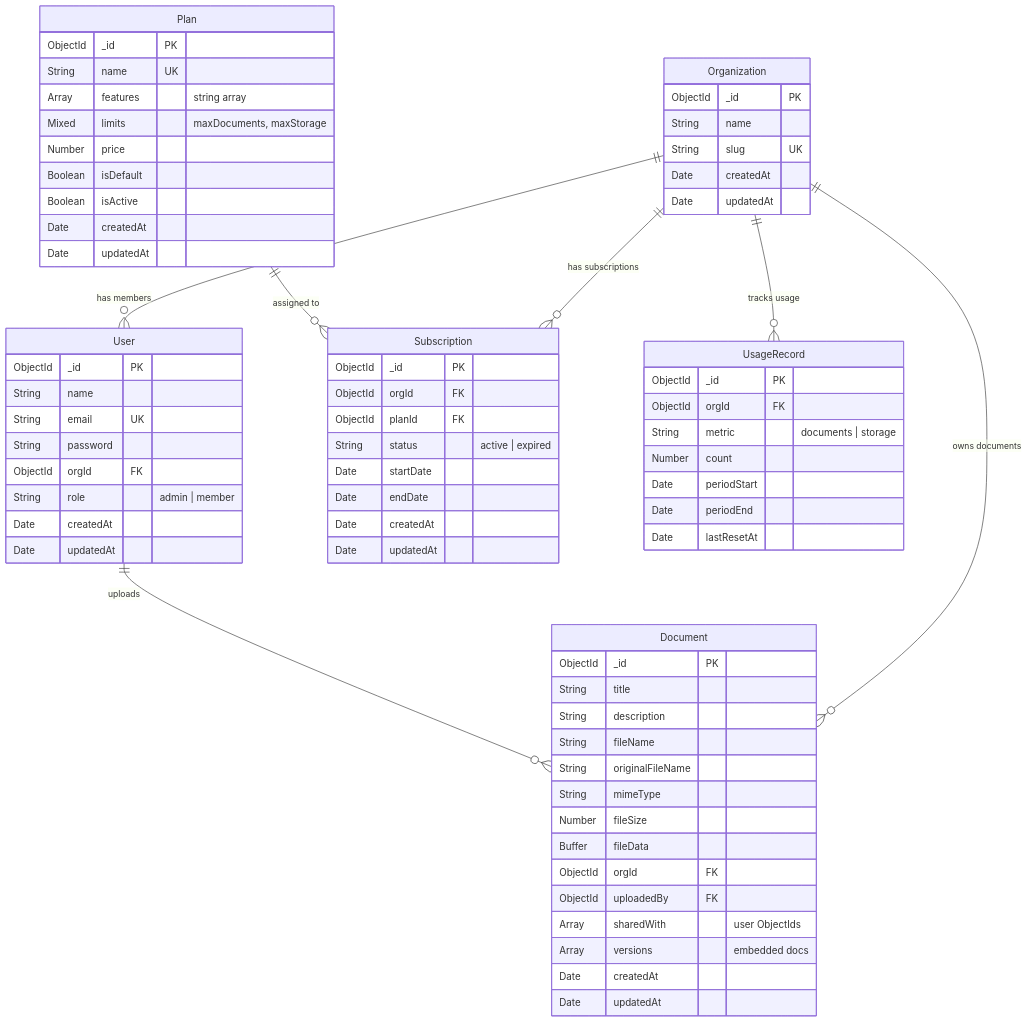
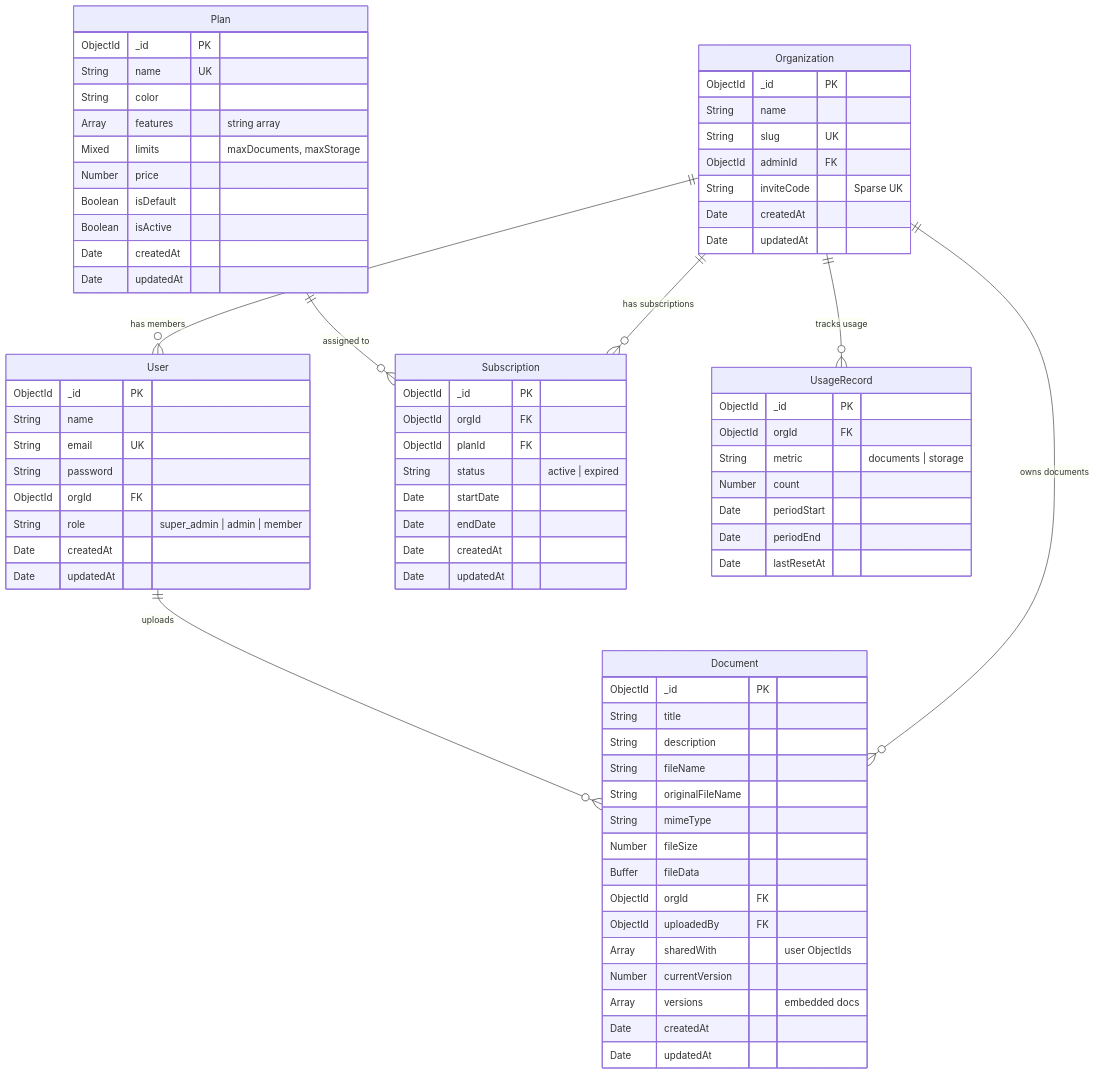
The first of 2 diagrams in docs/er-diagram.md (Akashog123/docsvault), drawn with Mermaid before and after one commit. The commit also changed other lines of this file and 4 other files, not shown here.

First line of the commit message:
docs: update all documentation to reflect current architecture

````diff
--- a/docs/er-diagram.md
+++ b/docs/er-diagram.md
@@ -5,78 +5,82 @@
 ```mermaid
 erDiagram
     Organization {
         ObjectId _id PK
         String name
         String slug UK
+        ObjectId adminId FK
+        String inviteCode "Sparse UK"
         Date createdAt
         Date updatedAt
     }
 
     User {
         ObjectId _id PK
         String name
         String email UK
         String password
         ObjectId orgId FK
-        String role "admin | member"
+        String role "super_admin | admin | member"
         Date createdAt
         Date updatedAt
     }
 
     Plan {
         ObjectId _id PK
         String name UK
+        String color
         Array features "string array"
         Mixed limits "maxDocuments, maxStorage"
         Number price
         Boolean isDefault
         Boolean isActive
         Date createdAt
         Date updatedAt
     }
 
     Subscription {
         ObjectId _id PK
         ObjectId orgId FK
         ObjectId planId FK
         String status "active | expired"
         Date startDate
         Date endDate
         Date createdAt
         Date updatedAt
     }
 
     Document {
         ObjectId _id PK
         String title
         String description
         String fileName
         String originalFileName
         String mimeType
         Number fileSize
         Buffer fileData
         ObjectId orgId FK
         ObjectId uploadedBy FK
         Array sharedWith "user ObjectIds"
+        Number currentVersion
         Array versions "embedded docs"
         Date createdAt
         Date updatedAt
     }
 
     UsageRecord {
         ObjectId _id PK
         ObjectId orgId FK
         String metric "documents | storage"
         Number count
         Date periodStart
         Date periodEnd
         Date lastResetAt
     }
 
     Organization ||--o{ User : "has members"
     Organization ||--o{ Subscription : "has subscriptions"
     Organization ||--o{ Document : "owns documents"
     Organization ||--o{ UsageRecord : "tracks usage"
     Plan ||--o{ Subscription : "assigned to"
     User ||--o{ Document : "uploads"
 ```
````
